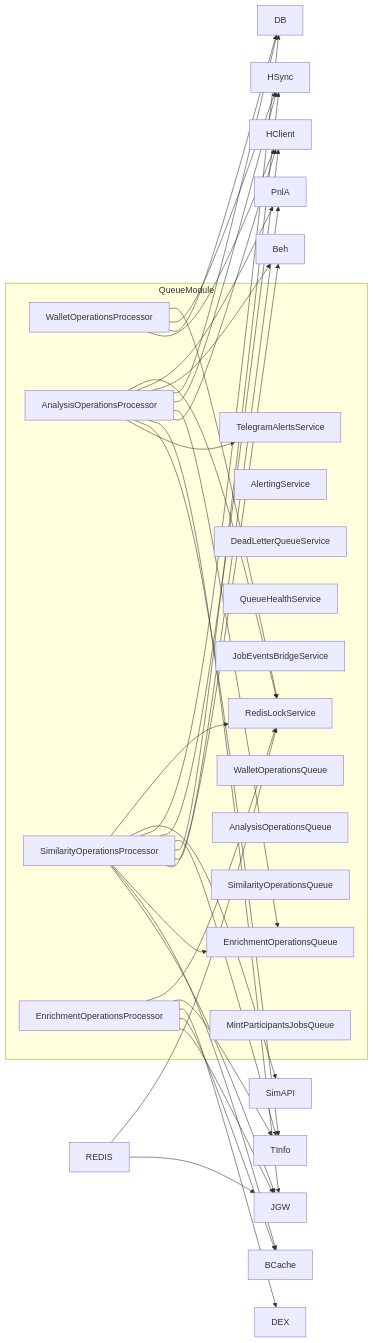
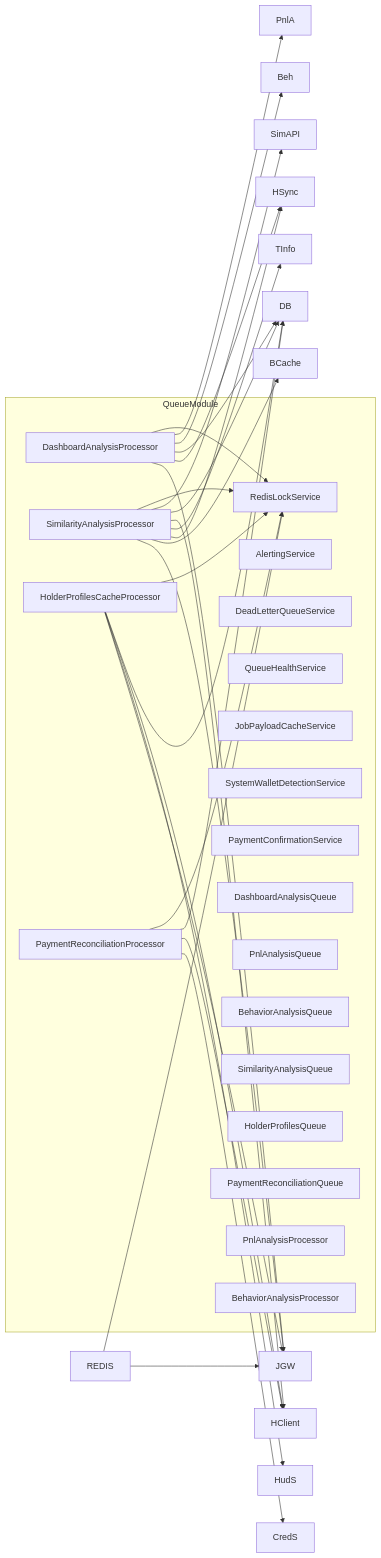
The fourth of 4 diagrams in src/api/map.md (nydiokar/analyzer), drawn with Mermaid before and after one commit. The commit also changed other lines of this file and 2 other files, not shown here.

First line of the commit message:
refactor(docs): update README and API documentation for Sova Intel platform

````diff
--- a/src/api/map.md
+++ b/src/api/map.md
@@ -444,58 +613,57 @@
 ```mermaid
 graph LR
   subgraph QueueModule
     RLock[RedisLockService]
     Alert[AlertingService]
     DLQ[DeadLetterQueueService]
     QHS[QueueHealthService]
-    JBridge[JobEventsBridgeService]
-    TAlerts[TelegramAlertsService]
-    WOQ[WalletOperationsQueue]
-    AOQ[AnalysisOperationsQueue]
-    SOQ[SimilarityOperationsQueue]
-    EOQ[EnrichmentOperationsQueue]
-    MPQ[MintParticipantsJobsQueue]
-    WOP[WalletOperationsProcessor]
-    AOP[AnalysisOperationsProcessor]
-    SOP[SimilarityOperationsProcessor]
-    EOP[EnrichmentOperationsProcessor]
+    JobCache[JobPayloadCacheService]
+    SysWallet[SystemWalletDetectionService]
+    PaymentConfirm[PaymentConfirmationService]
+
+    DashQ[DashboardAnalysisQueue]
+    PnlQ[PnlAnalysisQueue]
+    BehQ[BehaviorAnalysisQueue]
+    SimilQ[SimilarityAnalysisQueue]
+    HolderQ[HolderProfilesQueue]
+    PaymentRecQ[PaymentReconciliationQueue]
+
+    DashP[DashboardAnalysisProcessor]
+    PnlP[PnlAnalysisProcessor]
+    BehP[BehaviorAnalysisProcessor]
+    SimilP[SimilarityAnalysisProcessor]
+    HolderP[HolderProfilesCacheProcessor]
+    PaymentRecP[PaymentReconciliationProcessor]
   end
 
   REDIS --> RLock
   REDIS --> JGW
 
   %% Processor injections
-  WOP --> RLock
-  WOP --> HSync
-  WOP --> DB
-  WOP --> HClient
+  DashP --> RLock
+  DashP --> PnlA
+  DashP --> Beh
+  DashP --> DB
+  DashP --> HSync
+  DashP --> JGW
 
-  AOP --> RLock
-  AOP --> PnlA
-  AOP --> Beh
-  AOP --> DB
-  AOP --> HSync
-  AOP --> EOQ
-  AOP --> HClient
-  AOP --> JGW
-  AOP --> TInfo
-  AOP --> TAlerts
+  SimilP --> RLock
+  SimilP --> SimAPI
+  SimilP --> DB
+  SimilP --> HClient
+  SimilP --> TInfo
+  SimilP --> HSync
+  SimilP --> BCache
+  SimilP --> JGW
 
-  SOP --> RLock
-  SOP --> SimAPI
-  SOP --> DB
-  SOP --> HClient
-  SOP --> TInfo
-  SOP --> HSync
-  SOP --> PnlA
-  SOP --> Beh
-  SOP --> EOQ
-  SOP --> BCache
-  SOP --> JGW
+  HolderP --> RLock
+  HolderP --> DB
+  HolderP --> HClient
+  HolderP --> HudS
+  HolderP --> JGW
 
-  EOP --> RLock
-  EOP --> TInfo
-  EOP --> DEX
-  EOP --> BCache
-  EOP --> JGW
+  PaymentRecP --> RLock
+  PaymentRecP --> DB
+  PaymentRecP --> HClient
+  PaymentRecP --> CredS
 ```
````
